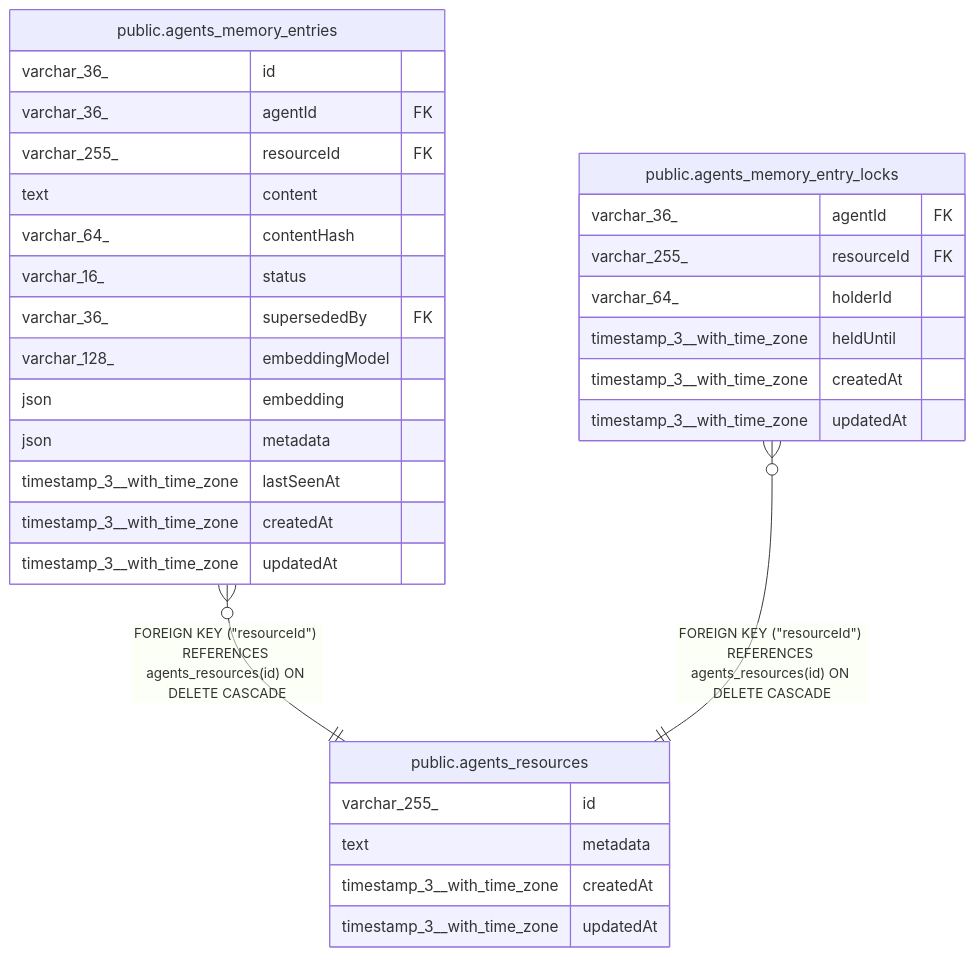
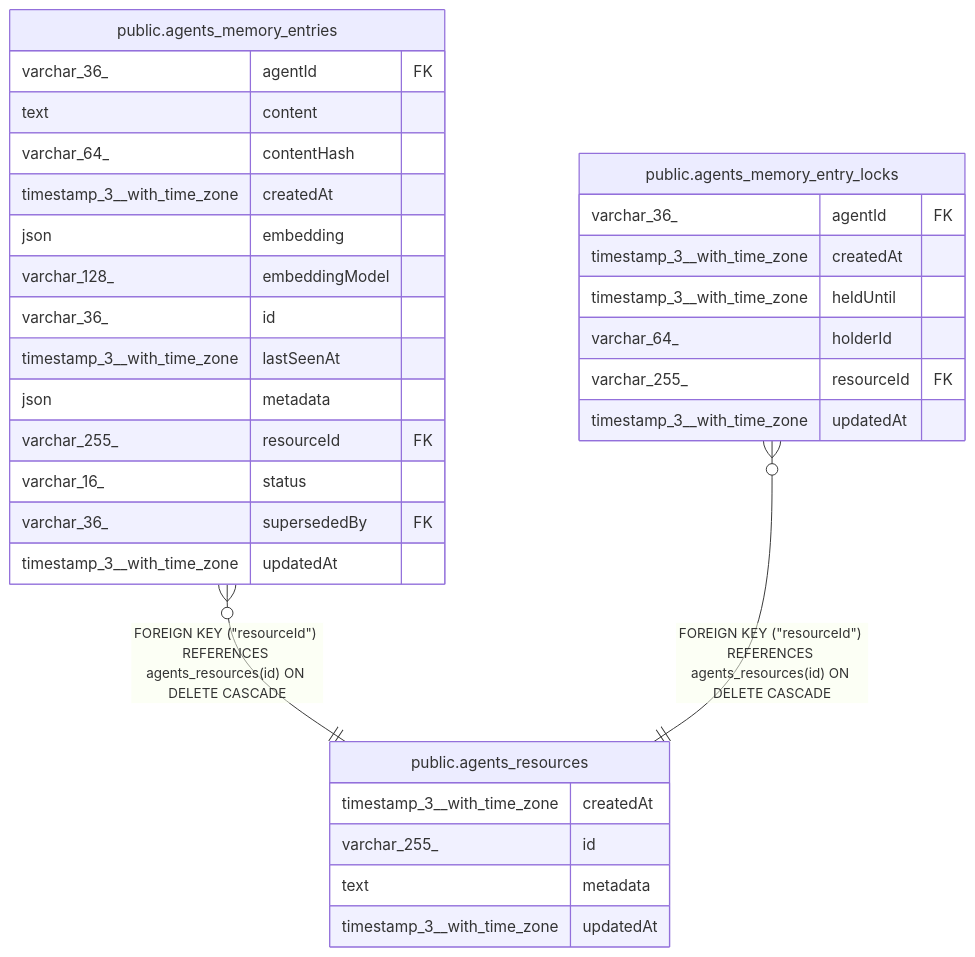
Before and after one commit to mayankjain1815-commits/n8n: the diagram in docs/generated/postgres-schema/public.agents_resources.md, drawn with Mermaid. The commit also changed other lines of this file and 221 other files, not shown here.

Commit message:
chore(core): Make DB schema docs generation deterministic (#32373)

````diff
--- a/docs/generated/postgres-schema/public.agents_resources.md
+++ b/docs/generated/postgres-schema/public.agents_resources.md
@@ -29,36 +29,36 @@
 ```mermaid
 erDiagram
 
 "public.agents_memory_entries" }o--|| "public.agents_resources" : "FOREIGN KEY (#quot;resourceId#quot;) REFERENCES agents_resources(id) ON DELETE CASCADE"
 "public.agents_memory_entry_locks" }o--|| "public.agents_resources" : "FOREIGN KEY (#quot;resourceId#quot;) REFERENCES agents_resources(id) ON DELETE CASCADE"
 
 "public.agents_resources" {
+  timestamp_3__with_time_zone createdAt
   varchar_255_ id
   text metadata
-  timestamp_3__with_time_zone createdAt
   timestamp_3__with_time_zone updatedAt
 }
 "public.agents_memory_entries" {
-  varchar_36_ id
   varchar_36_ agentId FK
-  varchar_255_ resourceId FK
   text content
   varchar_64_ contentHash
+  timestamp_3__with_time_zone createdAt
+  json embedding
+  varchar_128_ embeddingModel
+  varchar_36_ id
+  timestamp_3__with_time_zone lastSeenAt
+  json metadata
+  varchar_255_ resourceId FK
   varchar_16_ status
   varchar_36_ supersededBy FK
-  varchar_128_ embeddingModel
-  json embedding
-  json metadata
-  timestamp_3__with_time_zone lastSeenAt
-  timestamp_3__with_time_zone createdAt
   timestamp_3__with_time_zone updatedAt
 }
 "public.agents_memory_entry_locks" {
   varchar_36_ agentId FK
+  timestamp_3__with_time_zone createdAt
+  timestamp_3__with_time_zone heldUntil
+  varchar_64_ holderId
   varchar_255_ resourceId FK
-  varchar_64_ holderId
-  timestamp_3__with_time_zone heldUntil
-  timestamp_3__with_time_zone createdAt
   timestamp_3__with_time_zone updatedAt
 }
 ```
````
